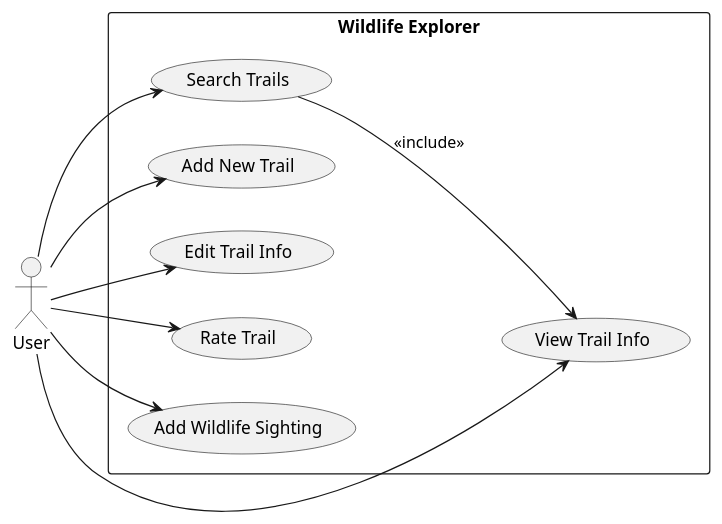
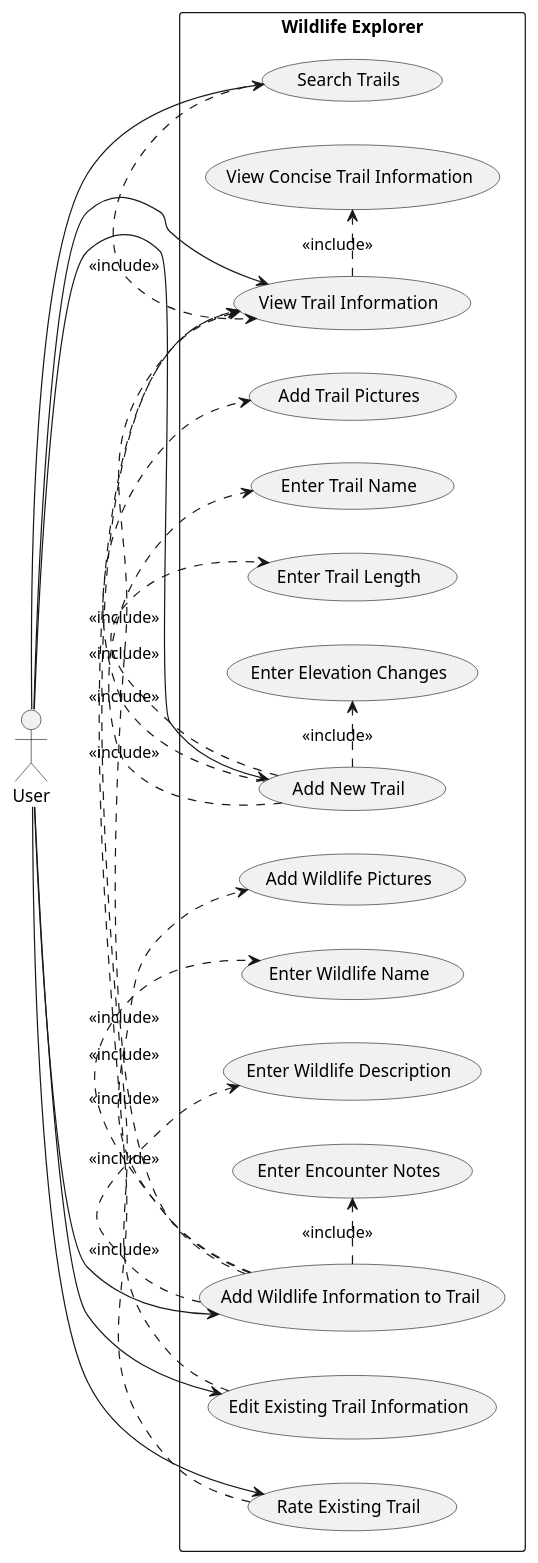
One commit to milelime/Wildlife-Explorer changed the diagram in uml-diagrams/usecase.puml. Above: the diagram before and after it, drawn with PlantUML. The commit also changed 1 other file, not shown here.

Commit message:
Update: Create new usecase diagram with more features and connections

```diff
--- a/uml-diagrams/usecase.puml
+++ b/uml-diagrams/usecase.puml
@@ -1,23 +1,52 @@
 @startuml
 left to right direction
+skinparam packageStyle rectangle
 
 actor User
 
 rectangle "Wildlife Explorer" {
-  usecase "Search Trails" as UC1
-  usecase "View Trail Info" as UC2
-  usecase "Add New Trail" as UC3
-  usecase "Edit Trail Info" as UC4
-  usecase "Rate Trail" as UC5
-  usecase "Add Wildlife Sighting" as UC6
+  usecase "Search Trails" as UC_Search
+  usecase "View Trail Information" as UC_View
+  usecase "Add New Trail" as UC_AddTrail
+  usecase "Edit Existing Trail Information" as UC_EditTrail
+  usecase "Rate Existing Trail" as UC_RateTrail
+  usecase "Add Wildlife Information to Trail" as UC_AddWildlife
+
+  usecase "Enter Trail Name" as UC_TrailName
+  usecase "Enter Trail Length" as UC_TrailLength
+  usecase "Enter Elevation Changes" as UC_Elevation
+  usecase "Add Trail Pictures" as UC_TrailPictures
+
+  usecase "Enter Wildlife Name" as UC_WildlifeName
+  usecase "Enter Wildlife Description" as UC_WildlifeDesc
+  usecase "Enter Encounter Notes" as UC_EncounterNotes
+  usecase "Add Wildlife Pictures" as UC_WildlifePictures
+
+  usecase "View Concise Trail Information" as UC_ConciseView
 }
 
-User --> UC1
-User --> UC2
-User --> UC3
-User --> UC4
-User --> UC5
-User --> UC6
+User --> UC_Search
+User --> UC_View
+User --> UC_AddTrail
+User --> UC_EditTrail
+User --> UC_RateTrail
+User --> UC_AddWildlife
 
-UC1 --> UC2 : <<include>>
+UC_Search .> UC_View : <<include>>
+UC_View .> UC_ConciseView : <<include>>
+
+UC_AddTrail .> UC_TrailName : <<include>>
+UC_AddTrail .> UC_TrailLength : <<include>>
+UC_AddTrail .> UC_Elevation : <<include>>
+UC_AddTrail .> UC_TrailPictures : <<include>>
+
+UC_AddWildlife .> UC_WildlifeName : <<include>>
+UC_AddWildlife .> UC_WildlifeDesc : <<include>>
+UC_AddWildlife .> UC_EncounterNotes : <<include>>
+UC_AddWildlife .> UC_WildlifePictures : <<include>>
+
+UC_EditTrail .> UC_View : <<include>>
+UC_RateTrail .> UC_View : <<include>>
+UC_AddWildlife .> UC_View : <<include>>
+
 @enduml
```
